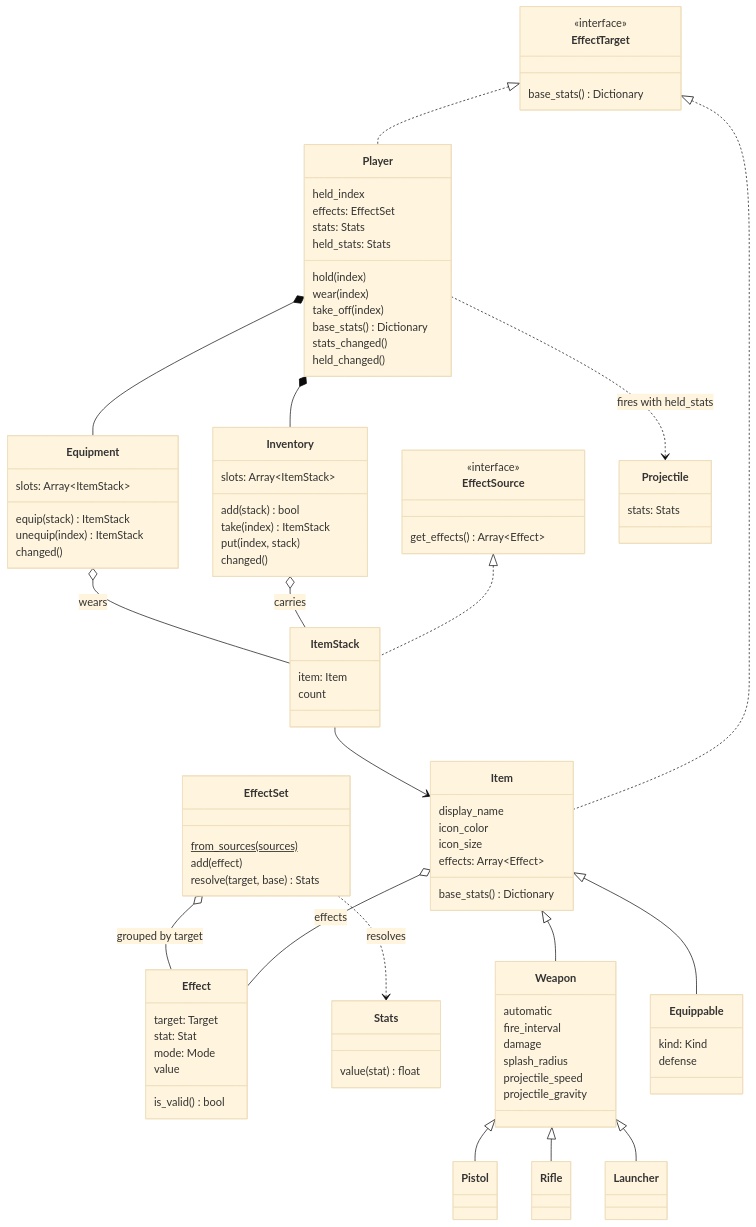
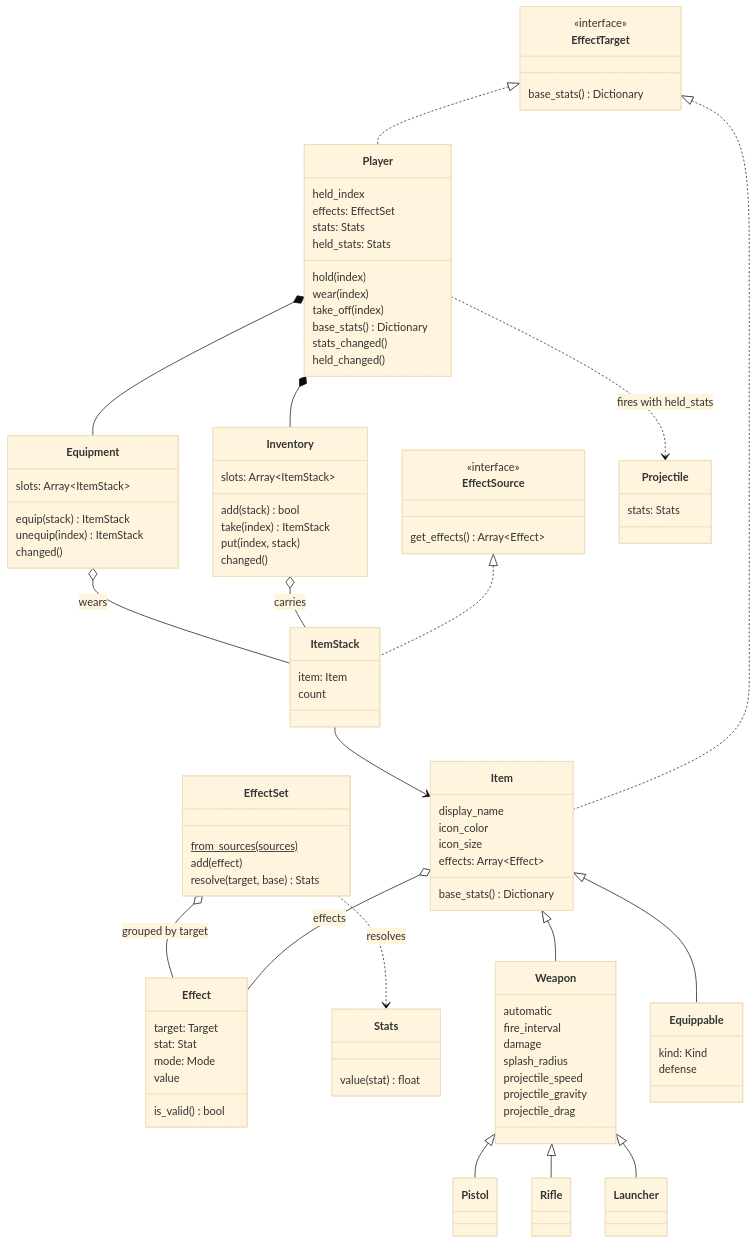
Before and after one commit to meyer1994/trr: the first of 2 diagrams in README.md, drawn with Mermaid (base theme). The commit also changed 5 other files, not shown here.

```diff
--- a/README.md
+++ b/README.md
@@ -50,6 +50,7 @@
         splash_radius
         projectile_speed
         projectile_gravity
+        projectile_drag
     }
     class Equippable {
         kind: Kind
```
